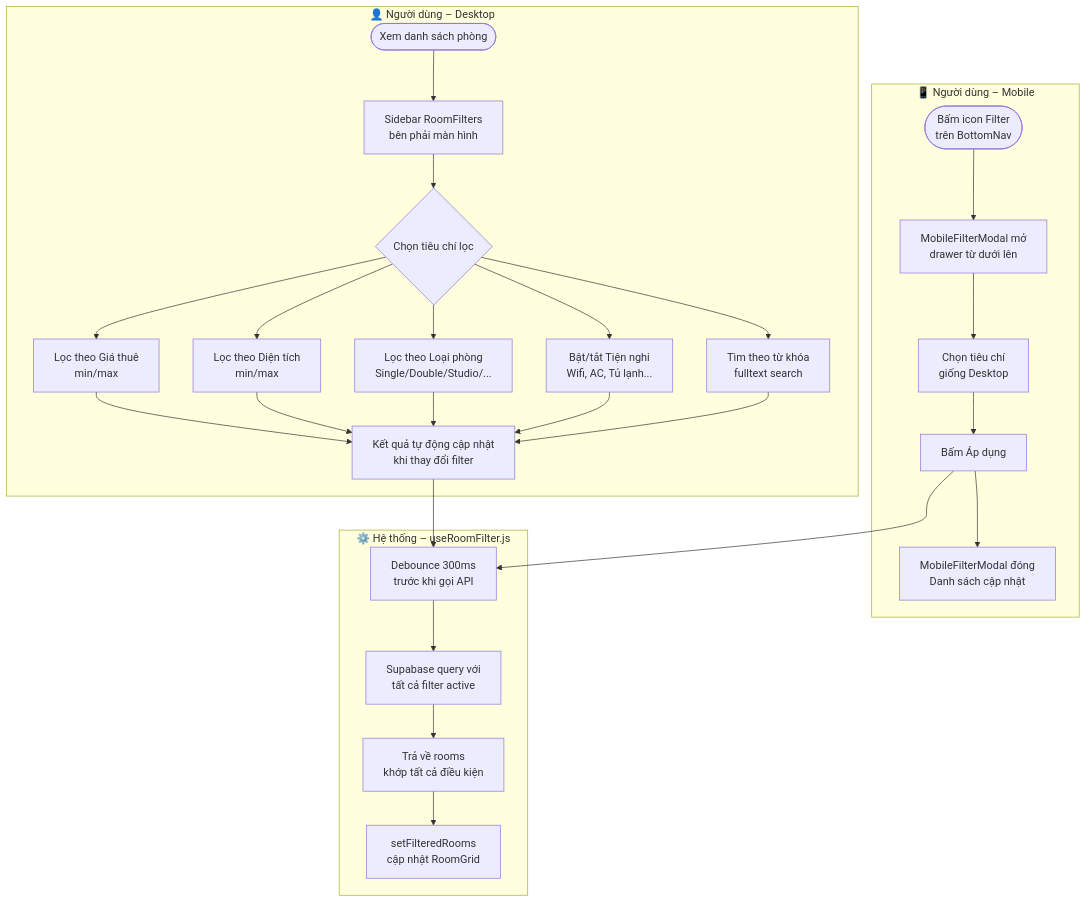
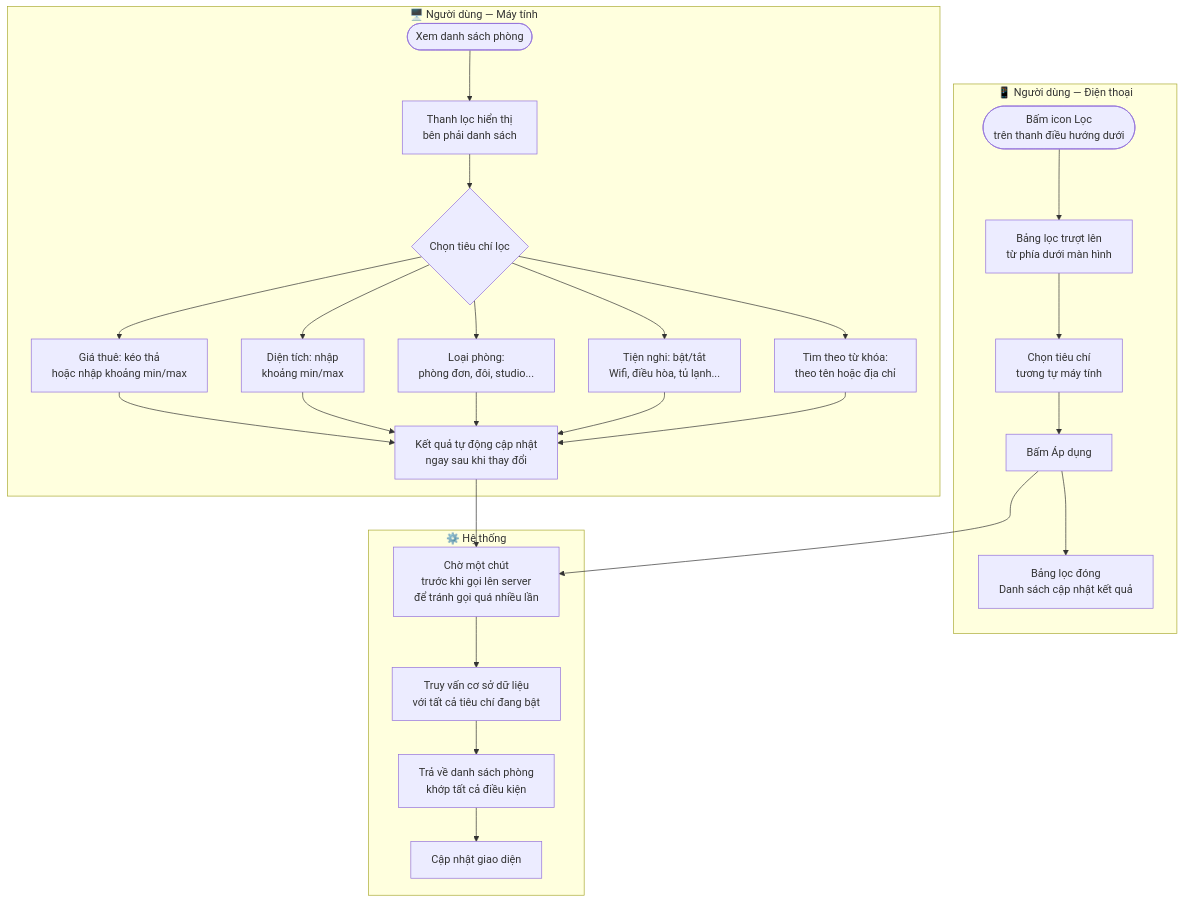
Before and after one commit to natelyt12/trotot: the second of 4 diagrams in prj_workflows/02_home_search_workflow.md, drawn with Mermaid. The commit also changed other lines of this file and 5 other files, not shown here.

Commit message:
fix: sửa lại định dạng cho phù hợp với người low-code

````diff
--- a/prj_workflows/02_home_search_workflow.md
+++ b/prj_workflows/02_home_search_workflow.md
@@ -38,28 +37,28 @@
 ```mermaid
 flowchart TD
-    subgraph USER["👤 Người dùng – Desktop"]
-        A([Xem danh sách phòng]) --> B[Sidebar RoomFilters\nbên phải màn hình]
+    subgraph USER_DESKTOP["🖥️ Người dùng — Máy tính"]
+        A([Xem danh sách phòng]) --> B[Thanh lọc hiển thị\nbên phải danh sách]
         B --> C{Chọn tiêu chí lọc}
-        C --> D[Lọc theo Giá thuê\nmin/max]
-        C --> E[Lọc theo Diện tích\nmin/max]
-        C --> F[Lọc theo Loại phòng\nSingle/Double/Studio/...]
-        C --> G[Bật/tắt Tiện nghi\nWifi, AC, Tủ lạnh...]
-        C --> H[Tìm theo từ khóa\nfulltext search]
-        D & E & F & G & H --> I[Kết quả tự động cập nhật\nkhi thay đổi filter]
+        C --> D[Giá thuê: kéo thả\nhoặc nhập khoảng min/max]
+        C --> E[Diện tích: nhập\nkhoảng min/max]
+        C --> F[Loại phòng:\nphòng đơn, đôi, studio...]
+        C --> G[Tiện nghi: bật/tắt\nWifi, điều hòa, tủ lạnh...]
+        C --> H[Tìm theo từ khóa:\ntheo tên hoặc địa chỉ]
+        D & E & F & G & H --> I[Kết quả tự động cập nhật\nngay sau khi thay đổi]
     end
 
-    subgraph USER_MOBILE["📱 Người dùng – Mobile"]
-        J([Bấm icon Filter\ntrên BottomNav]) --> K[MobileFilterModal mở\ndrawer từ dưới lên]
-        K --> L[Chọn tiêu chí\ngiống Desktop]
+    subgraph USER_MOBILE["📱 Người dùng — Điện thoại"]
+        J([Bấm icon Lọc\ntrên thanh điều hướng dưới]) --> K[Bảng lọc trượt lên\ntừ phía dưới màn hình]
+        K --> L[Chọn tiêu chí\ntương tự máy tính]
         L --> M[Bấm Áp dụng]
-        M --> N[MobileFilterModal đóng\nDanh sách cập nhật]
+        M --> N[Bảng lọc đóng\nDanh sách cập nhật kết quả]
     end
 
-    subgraph SYSTEM["⚙️ Hệ thống – useRoomFilter.js"]
-        I --> O[Debounce 300ms\ntrước khi gọi API]
-        O --> P[Supabase query với\ntất cả filter active]
-        P --> Q[Trả về rooms\nkhớp tất cả điều kiện]
-        Q --> R[setFilteredRooms\ncập nhật RoomGrid]
+    subgraph SYSTEM["⚙️ Hệ thống"]
+        I --> O[Chờ một chút\ntrước khi gọi lên server\nđể tránh gọi quá nhiều lần]
+        O --> P[Truy vấn cơ sở dữ liệu\nvới tất cả tiêu chí đang bật]
+        P --> Q[Trả về danh sách phòng\nkhớp tất cả điều kiện]
+        Q --> R[Cập nhật giao diện]
         M --> O
     end
 ```
````
